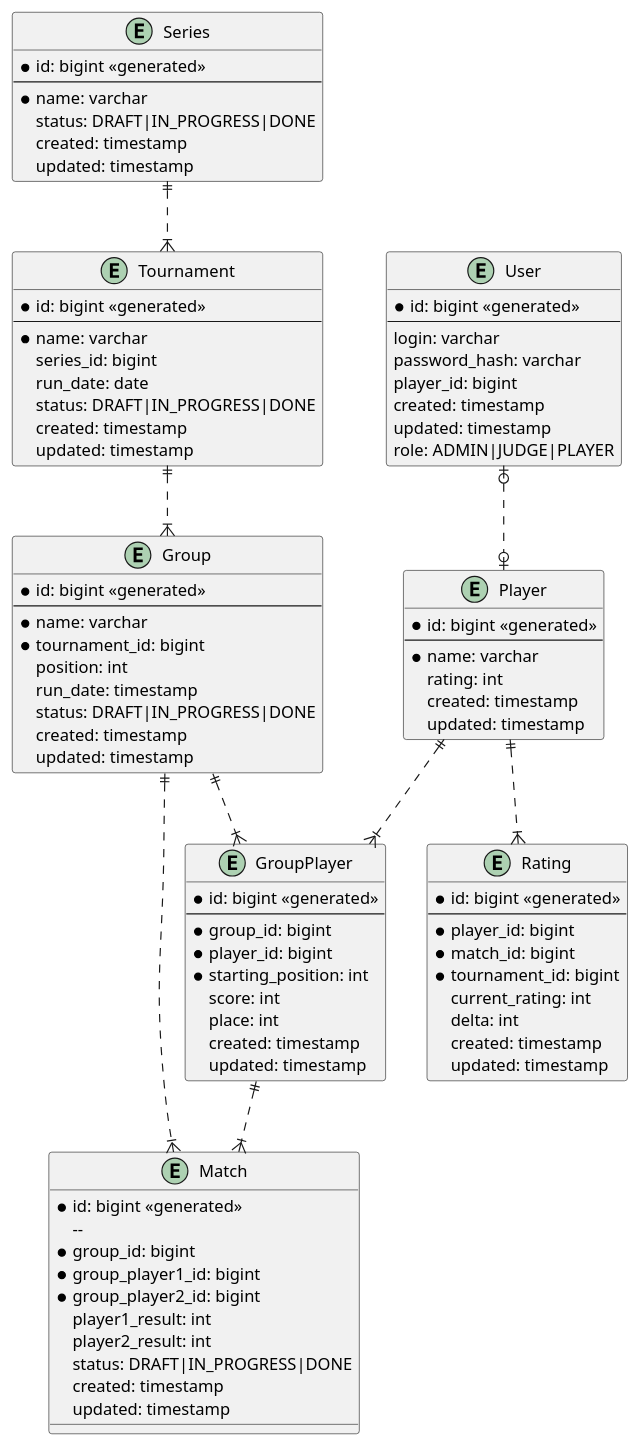
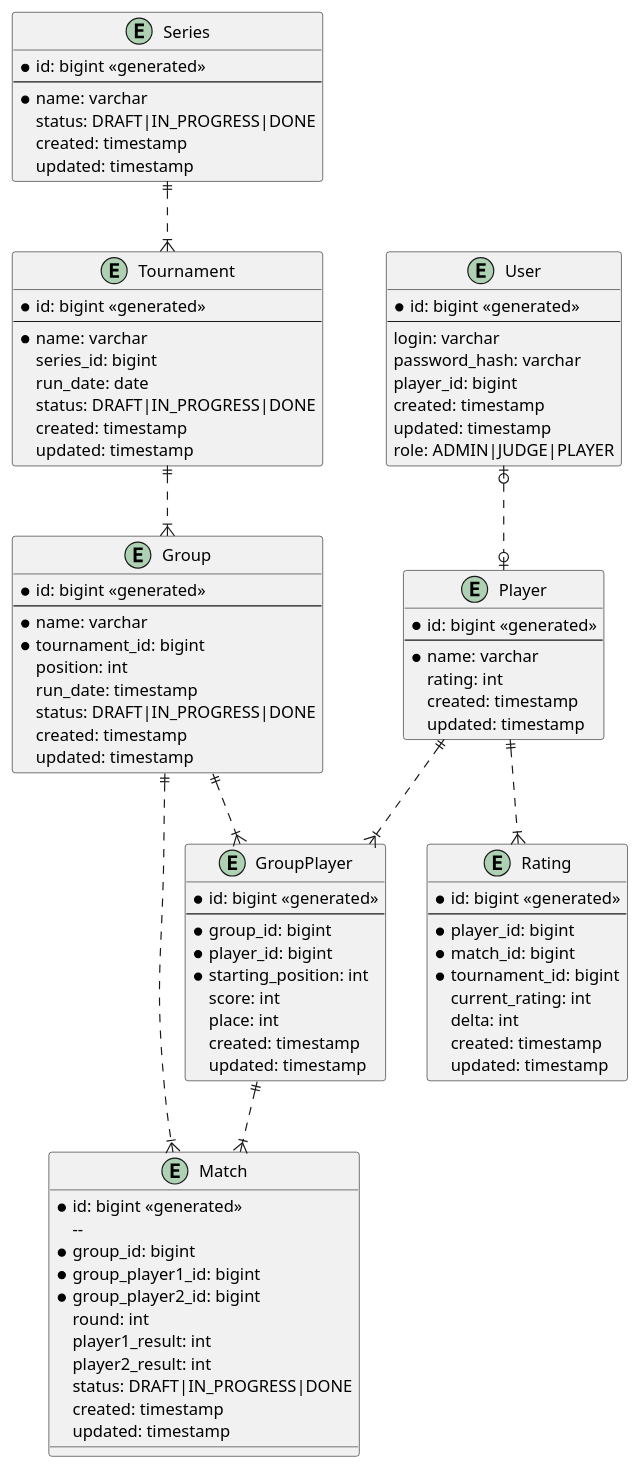
The diagram in doc/erd.puml (kalibek/tournament), drawn with PlantUML before and after one commit. The commit also changed 4 other files, not shown here.

```diff
--- a/doc/erd.puml
+++ b/doc/erd.puml
@@ -1,101 +1,102 @@
 @startuml
 
 entity Player {
   *id: bigint <<generated>>
   --
   *name: varchar
   rating: int
   created: timestamp
   updated: timestamp
 }
 
 entity Group {
   *id: bigint <<generated>>
   --
   *name: varchar
   *tournament_id: bigint
   position: int
   run_date: timestamp
   status: DRAFT|IN_PROGRESS|DONE
   created: timestamp
   updated: timestamp
 }
 
 entity GroupPlayer {
   *id: bigint <<generated>>
   --
   *group_id: bigint
   *player_id: bigint
   *starting_position: int
   score: int
   place: int
   created: timestamp
   updated: timestamp
 }
 
 entity Match {
  *id: bigint <<generated>>
   --
   *group_id: bigint
   *group_player1_id: bigint
   *group_player2_id: bigint
+  round: int
   player1_result: int
   player2_result: int
   status: DRAFT|IN_PROGRESS|DONE
   created: timestamp
   updated: timestamp
 }
 
 entity Series {
   *id: bigint <<generated>>
   --
   *name: varchar
   status: DRAFT|IN_PROGRESS|DONE
   created: timestamp
   updated: timestamp
 }
 
 entity Tournament {
   *id: bigint <<generated>>
   --
   *name: varchar
   series_id: bigint
   run_date: date
   status: DRAFT|IN_PROGRESS|DONE
   created: timestamp
   updated: timestamp
 }
 
 entity Rating {
   *id: bigint <<generated>>
   --
   *player_id: bigint
   *match_id: bigint
   *tournament_id: bigint
   current_rating: int
   delta: int
   created: timestamp
   updated: timestamp
 }
 
 entity User {
   *id: bigint <<generated>>
   --
   login: varchar
   password_hash: varchar
   player_id: bigint
   created: timestamp
   updated: timestamp
   role: ADMIN|JUDGE|PLAYER
 }
 
 Player ||..|{ GroupPlayer
 Group ||..|{ GroupPlayer
 Group ||..|{ Match
 GroupPlayer ||..|{ Match
 Tournament ||..|{ Group
 Player ||..|{ Rating
 Series ||..|{ Tournament
 User |o..o| Player
 
 @enduml
```
